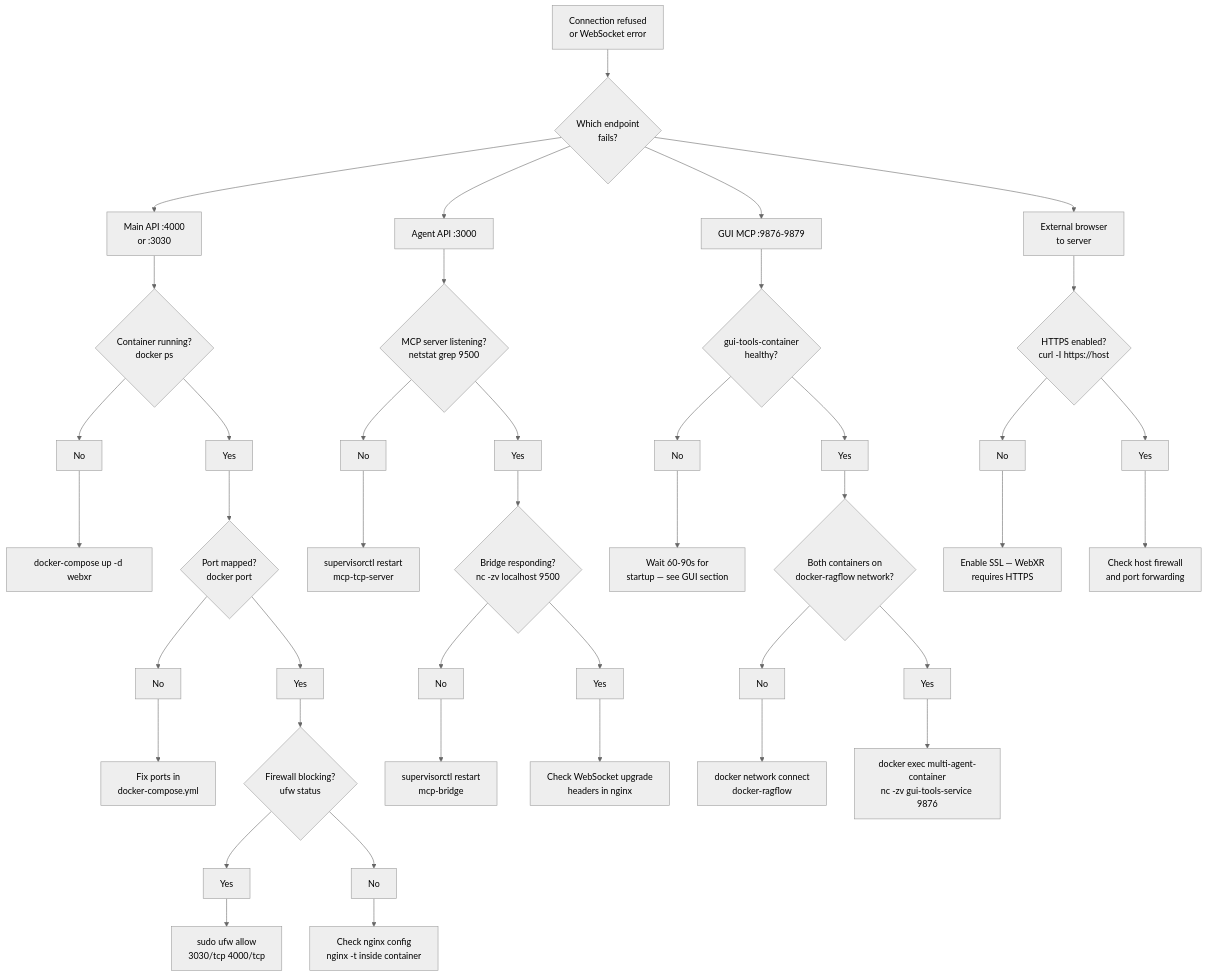
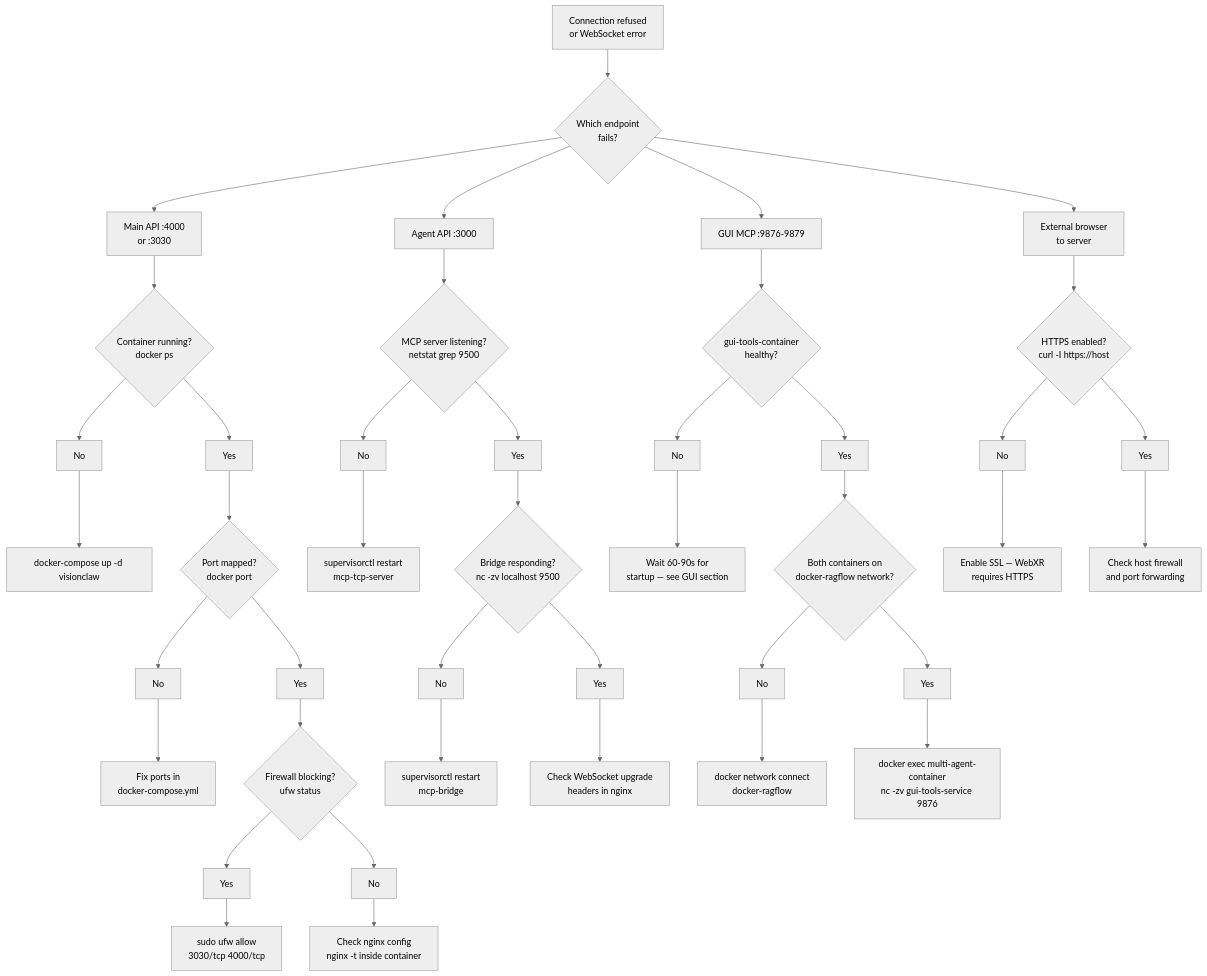
The second of 4 diagrams in docs/how-to/operations/troubleshooting.md (shaneholloman/logseq-spring-thing), drawn with Mermaid (neutral theme) before and after one commit. The commit also changed other lines of this file and 58 other files, not shown here.

First line of the commit message:
docs: Neo4j→Oxigraph + webxr→visionclaw alignment, physics controls, health probes

````diff
--- a/docs/how-to/operations/troubleshooting.md
+++ b/docs/how-to/operations/troubleshooting.md
@@ -770,24 +770,24 @@
 ```mermaid
 flowchart TD
     A[Connection refused\nor WebSocket error] --> B{Which endpoint\nfails?}
     B --> C[Main API :4000\nor :3030] --> D{Container running?\ndocker ps}
-    D --> N1[No] --> E[docker-compose up -d webxr]
+    D --> N1[No] --> E[docker-compose up -d visionclaw]
     D --> Y1[Yes] --> F{Port mapped?\ndocker port}
     F --> N2[No] --> G[Fix ports in\ndocker-compose.yml]
     F --> Y2[Yes] --> H{Firewall blocking?\nufw status}
     H --> Y3[Yes] --> I[sudo ufw allow\n3030/tcp 4000/tcp]
     H --> N3[No] --> J[Check nginx config\nnginx -t inside container]
     B --> K[Agent API :3000] --> L{MCP server listening?\nnetstat grep 9500}
     L --> N4[No] --> M[supervisorctl restart\nmcp-tcp-server]
     L --> Y4[Yes] --> O{Bridge responding?\nnc -zv localhost 9500}
     O --> N5[No] --> P[supervisorctl restart\nmcp-bridge]
     O --> Y5[Yes] --> Q[Check WebSocket upgrade\nheaders in nginx]
     B --> R[GUI MCP :9876-9879] --> S{gui-tools-container\nhealthy?}
     S --> N6[No] --> T[Wait 60-90s for\nstartup — see GUI section]
     S --> Y6[Yes] --> U{Both containers on\ndocker-ragflow network?}
     U --> N7[No] --> V[docker network connect\ndocker-ragflow]
     U --> Y7[Yes] --> W[docker exec multi-agent-container\nnc -zv gui-tools-service 9876]
     B --> X[External browser\nto server] --> AA{HTTPS enabled?\ncurl -I https://host}
     AA --> N8[No] --> AB[Enable SSL — WebXR\nrequires HTTPS]
     AA --> Y8[Yes] --> AC[Check host firewall\nand port forwarding]
 ```
````
